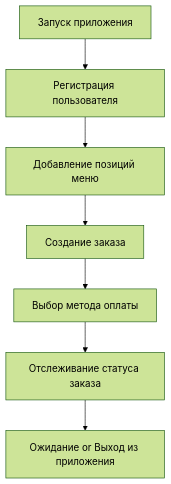
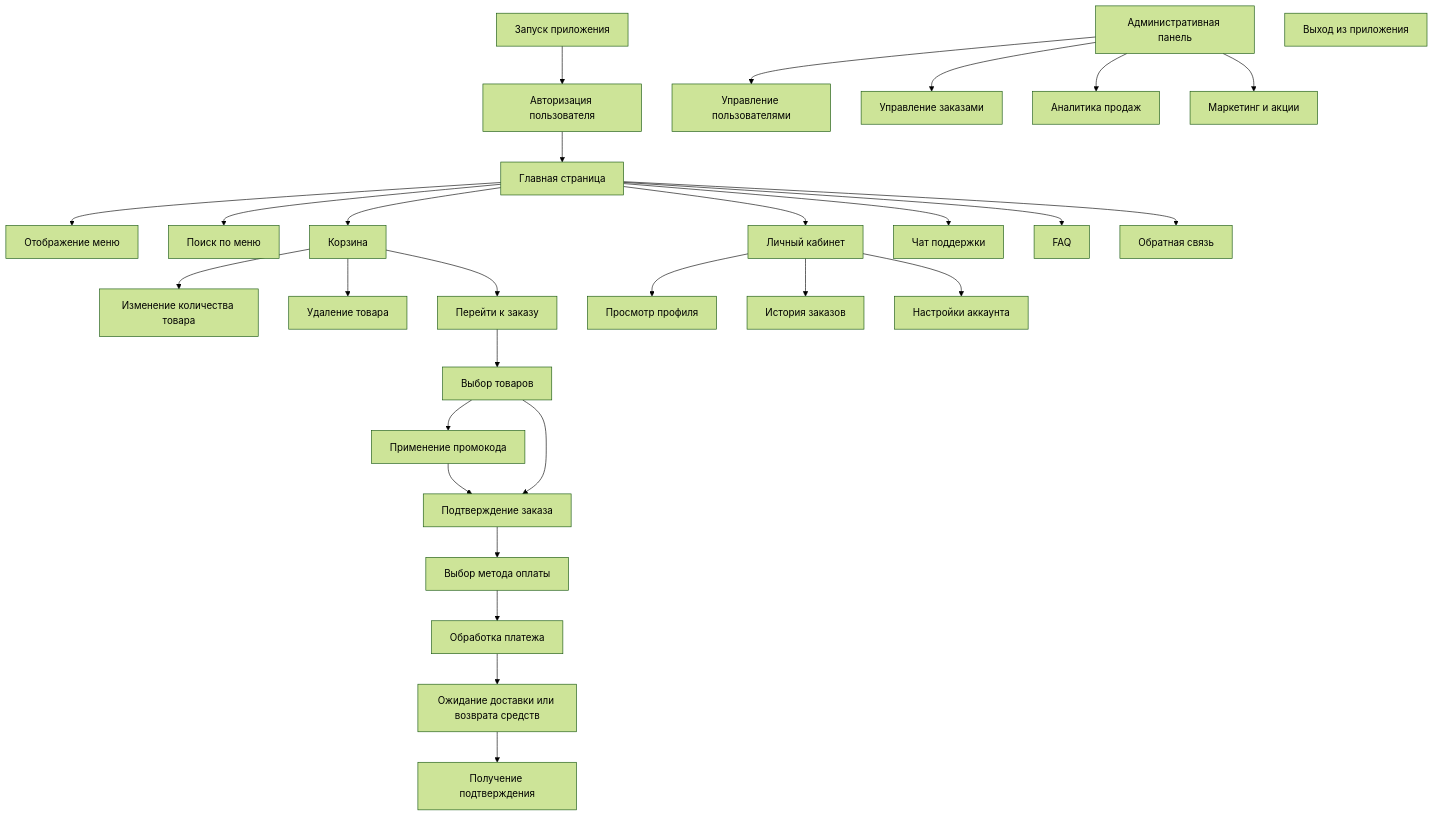
The first of 3 diagrams in README.md (DenisKarimov8/Karimov-IS-31-Works), drawn with Mermaid (forest theme) before and after one commit. The commit also changed other lines of this file, not shown here.

````diff
--- a/README.md
+++ b/README.md
@@ -124,10 +123,40 @@
 ```mermaid
 flowchart TD
-    A[Запуск приложения] --> B[Регистрация пользователя]
-    B --> C[Добавление позиций меню]
-    C --> D[Создание заказа]
-    D --> E[Выбор метода оплаты]
-    E --> F[Отслеживание статуса заказа]
-    F --> G[Ожидание or Выход из приложения]
+    A[Запуск приложения] --> B[Авторизация пользователя]
+    B --> C[Главная страница]
+    C --> D[Отображение меню]
+    C --> E[Поиск по меню]
+    C --> F[Корзина]
+    C --> G[Личный кабинет]
+    
+    F --> H[Изменение количества товара]
+    F --> I[Удаление товара]
+    F --> J[Перейти к заказу]
+    
+    G --> K[Просмотр профиля]
+    G --> L[История заказов]
+    G --> M[Настройки аккаунта]
+    
+    J --> N[Выбор товаров]
+    N --> O[Применение промокода]
+    O --> P
+    N --> P[Подтверждение заказа]
+    
+    P --> Q[Выбор метода оплаты]
+    Q --> R[Обработка платежа]
+    R --> S[Ожидание доставки или возврата средств]
+    S --> T[Получение подтверждения]
+    
+    C --> U[Чат поддержки]
+    C --> V[FAQ]
+    C --> W[Обратная связь]
+  
+    X[Административная панель] --> Y[Управление пользователями]
+    X --> Z[Управление заказами]
+    X --> AA[Aналитика продаж]
+    X --> BB[Маркетинг и акции]
+    
+    DD[Выход из приложения]
+
 
 ```
````
